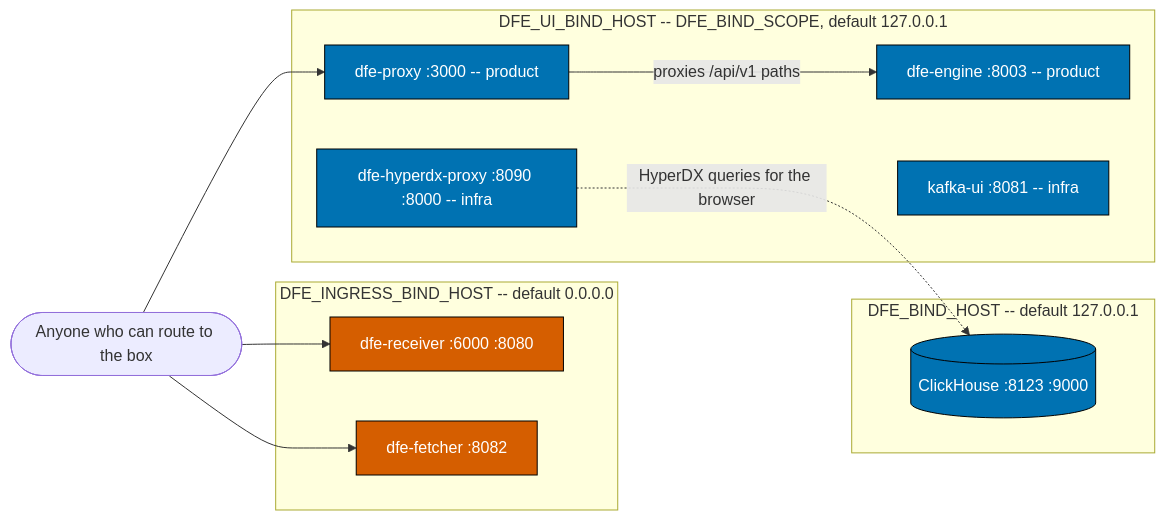
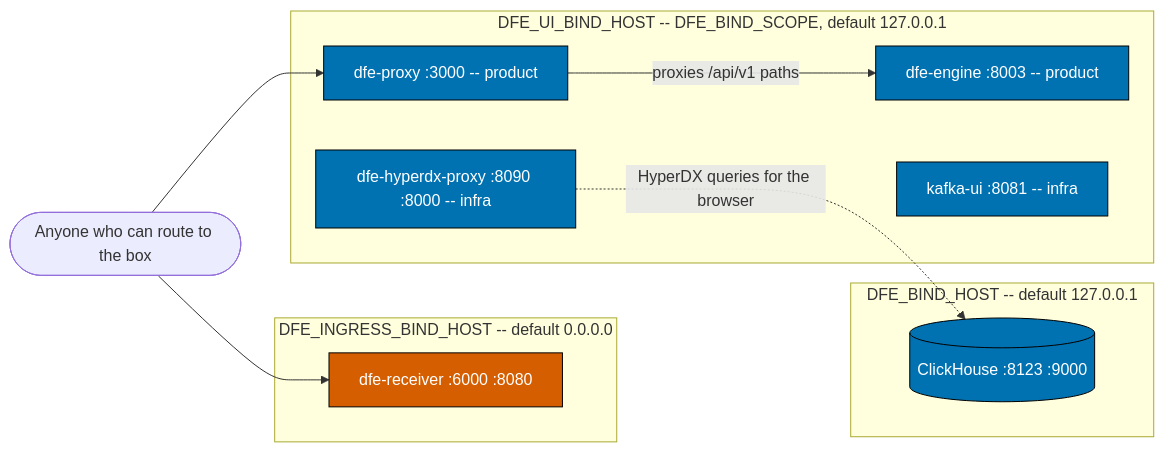
Before and after one commit to hyperi-io/dfe-docker: the diagram in docs/operating.md, drawn with Mermaid. The commit also changed other lines of this file and 28 other files, not shown here.

````diff
--- a/docs/operating.md
+++ b/docs/operating.md
@@ -55,31 +55,29 @@
 ```mermaid
 flowchart LR
     user(["Anyone who can route to the box"])
 
     subgraph ingress["DFE_INGRESS_BIND_HOST -- default 0.0.0.0"]
         recv["dfe-receiver :6000 :8080"]
-        fetch["dfe-fetcher :8082"]
     end
 
     subgraph uis["DFE_UI_BIND_HOST -- DFE_BIND_SCOPE, default 127.0.0.1"]
         proxy["dfe-proxy :3000 -- product"]
         engine["dfe-engine :8003 -- product"]
         kafbat["kafka-ui :8081 -- infra"]
         hdx["dfe-hyperdx-proxy :8090 :8000 -- infra"]
     end
 
     subgraph operator["DFE_BIND_HOST -- default 127.0.0.1"]
         ch[(ClickHouse :8123 :9000)]
     end
 
     user --> recv
-    user --> fetch
     user --> proxy
     proxy -->|proxies /api/v1 paths| engine
     hdx -.->|HyperDX queries for the browser| ch
 
     classDef open fill:#D55E00,color:#ffffff,stroke:#000000
     classDef loop fill:#0072B2,color:#ffffff,stroke:#000000
-    class recv,fetch open
+    class recv open
     class proxy,engine,kafbat,hdx,ch loop
 ```
````
